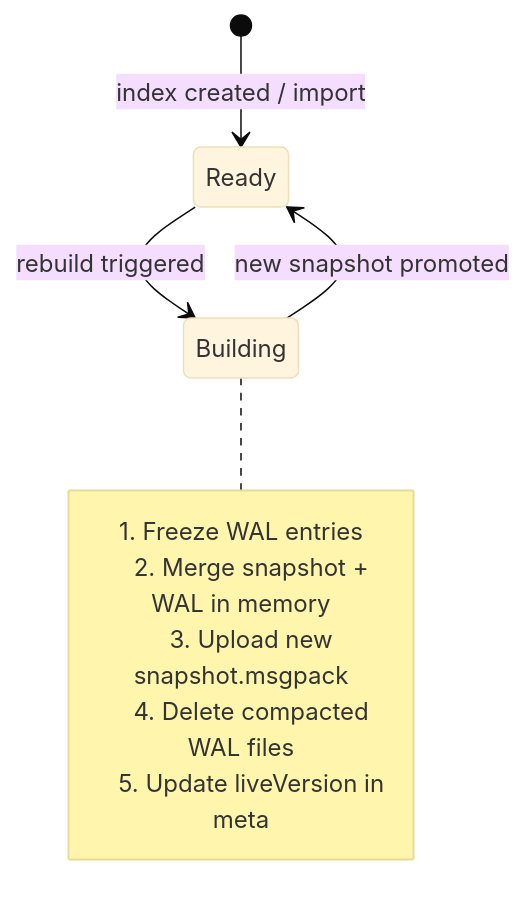
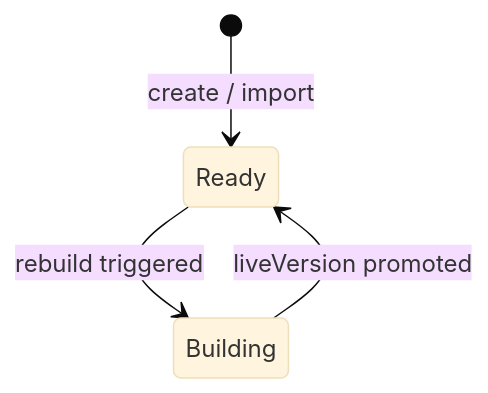
Before and after one commit to micheleriva/zbsearch: the second of 2 diagrams in apps/docs/content/blog/deploying-zbsearch-to-cloudflare.mdx, drawn with Mermaid (base theme). The commit also changed other lines of this file and 1 other file, not shown here.

````diff
--- a/apps/docs/content/blog/deploying-zbsearch-to-cloudflare.mdx
+++ b/apps/docs/content/blog/deploying-zbsearch-to-cloudflare.mdx
@@ -248,13 +127,6 @@
 ```mermaid
 stateDiagram-v2
-  [*] --> Ready: index created / import
+  [*] --> Ready: create / import
   Ready --> Building: rebuild triggered
-  Building --> Ready: new snapshot promoted
-  note right of Building
-    1. Freeze WAL entries
-    2. Merge snapshot + WAL in memory
-    3. Upload new snapshot.msgpack
-    4. Delete compacted WAL files
-    5. Update liveVersion in meta
-  end note
+  Building --> Ready: liveVersion promoted
 ```
````
